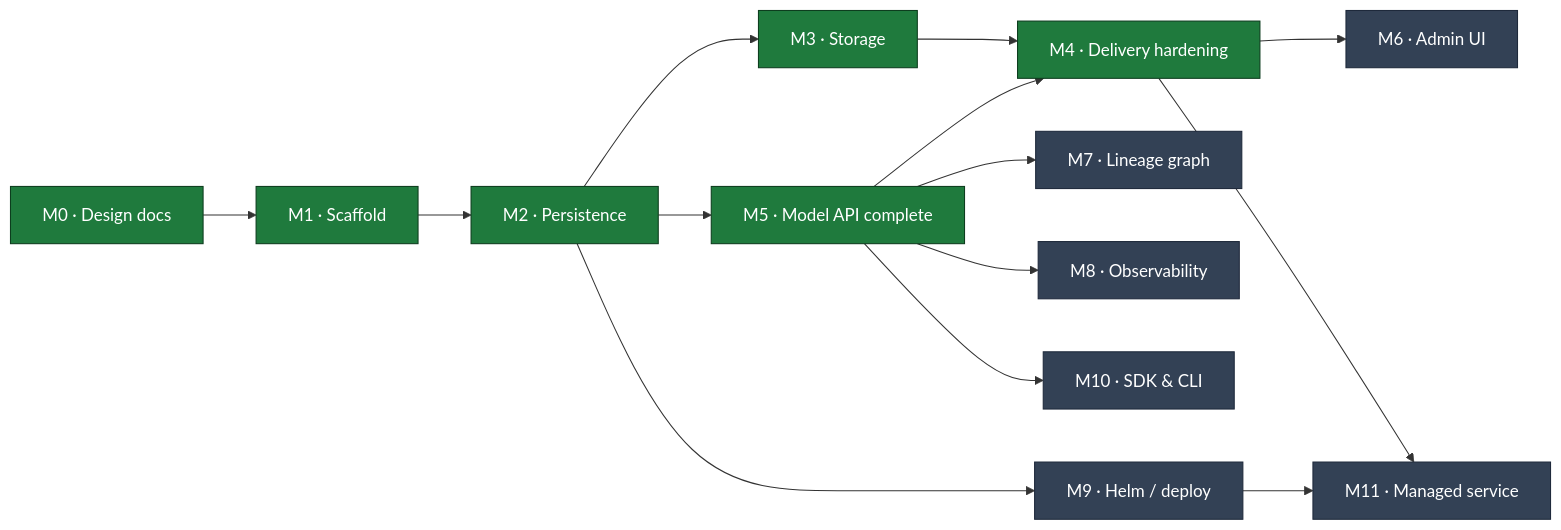
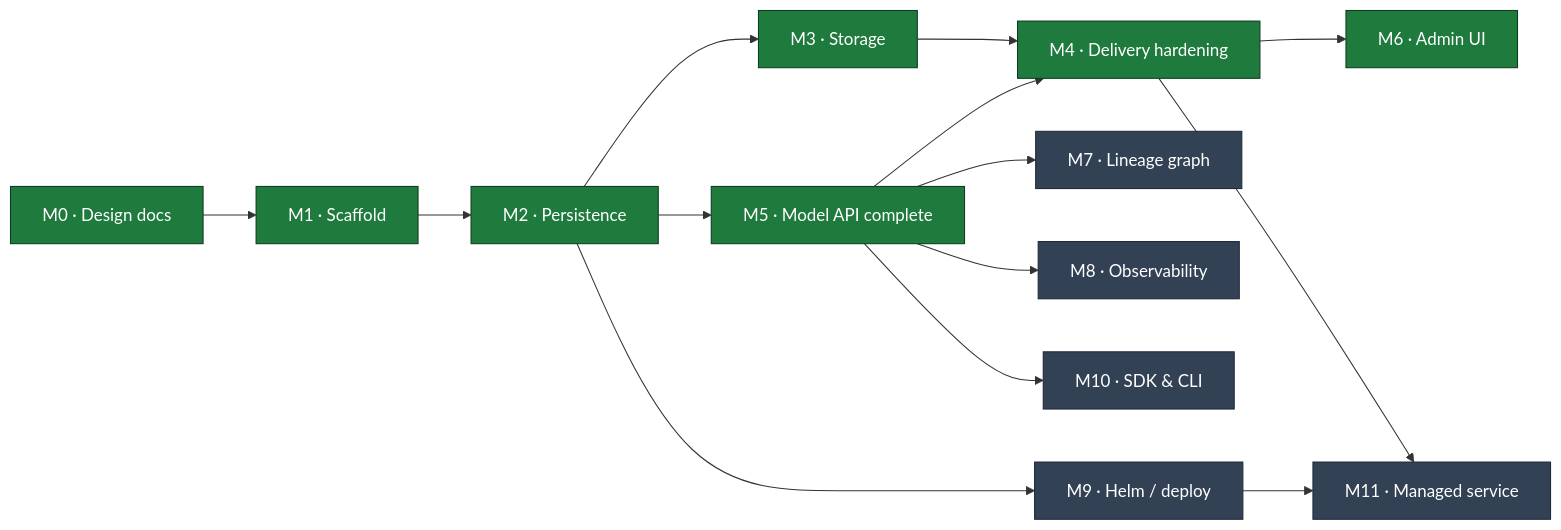
One commit to proseria-research/lineage changed the diagram in MILESTONES.md. Above: the diagram before and after it, drawn with Mermaid. The commit also changed other lines of this file and 37 other files, not shown here.

````diff
--- a/MILESTONES.md
+++ b/MILESTONES.md
@@ -11,22 +11,22 @@
 ```mermaid
 flowchart LR
     M0["M0 · Design docs"] --> M1["M1 · Scaffold"]
     M1 --> M2["M2 · Persistence"]
     M2 --> M3["M3 · Storage"]
     M2 --> M5["M5 · Model API complete"]
     M3 --> M4["M4 · Delivery hardening"]
     M5 --> M4
     M5 --> M7["M7 · Lineage graph"]
     M4 --> M6["M6 · Admin UI"]
     M5 --> M8["M8 · Observability"]
     M2 --> M9["M9 · Helm / deploy"]
     M5 --> M10["M10 · SDK & CLI"]
     M9 --> M11["M11 · Managed service"]
     M4 --> M11
 
     classDef done fill:#1f7a3d,stroke:#0d3d1e,color:#fff;
     classDef active fill:#b45309,stroke:#7c3a06,color:#fff;
     classDef todo fill:#334155,stroke:#1e293b,color:#fff;
-    class M0,M1,M2,M3,M4,M5 done;
-    class M6,M7,M8,M9,M10,M11 todo;
+    class M0,M1,M2,M3,M4,M5,M6 done;
+    class M7,M8,M9,M10,M11 todo;
 ```
````
